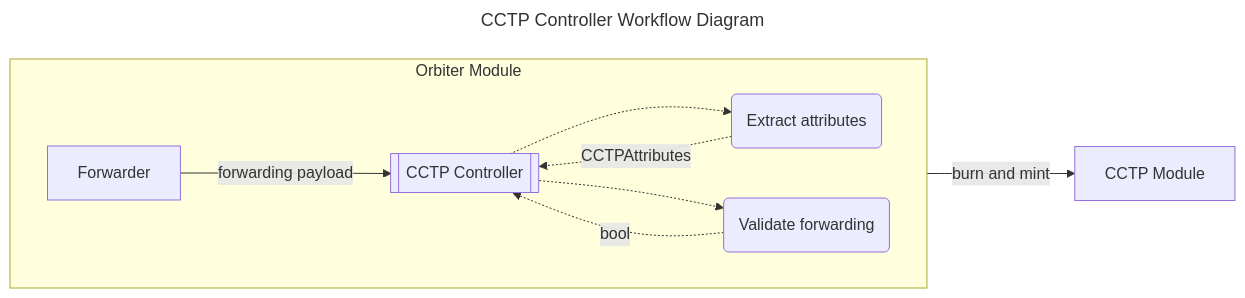
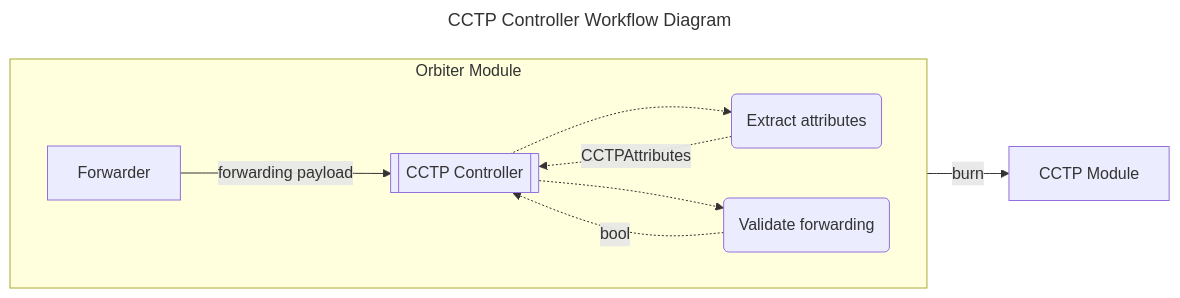
One commit to noble-assets/orbiter changed the first of 2 diagrams in docs/controllers.md. Above: the diagram before and after it, drawn with Mermaid. The commit also changed other lines of this file, not shown here.

````diff
--- a/docs/controllers.md
+++ b/docs/controllers.md
@@ -85,21 +85,21 @@
 ```mermaid
 ---
 title: CCTP Controller Workflow Diagram
 ---
 
 flowchart LR
    subgraph Orbiter Module
      direction LR
       F[Forwarder]
       CC[[CCTP Controller]]
       EA(Extract attributes)
       VF(Validate forwarding)
    end
 
   F -- forwarding payload --> CC
   CC -.-> EA
   EA -.->|CCTPAttributes| CC
   CC -.-> VF
   VF -.->|bool| CC
-  CC -- burn and mint--> CCTP[CCTP Module]
+  CC -- burn --> CCTP[CCTP Module]
 ```
````
